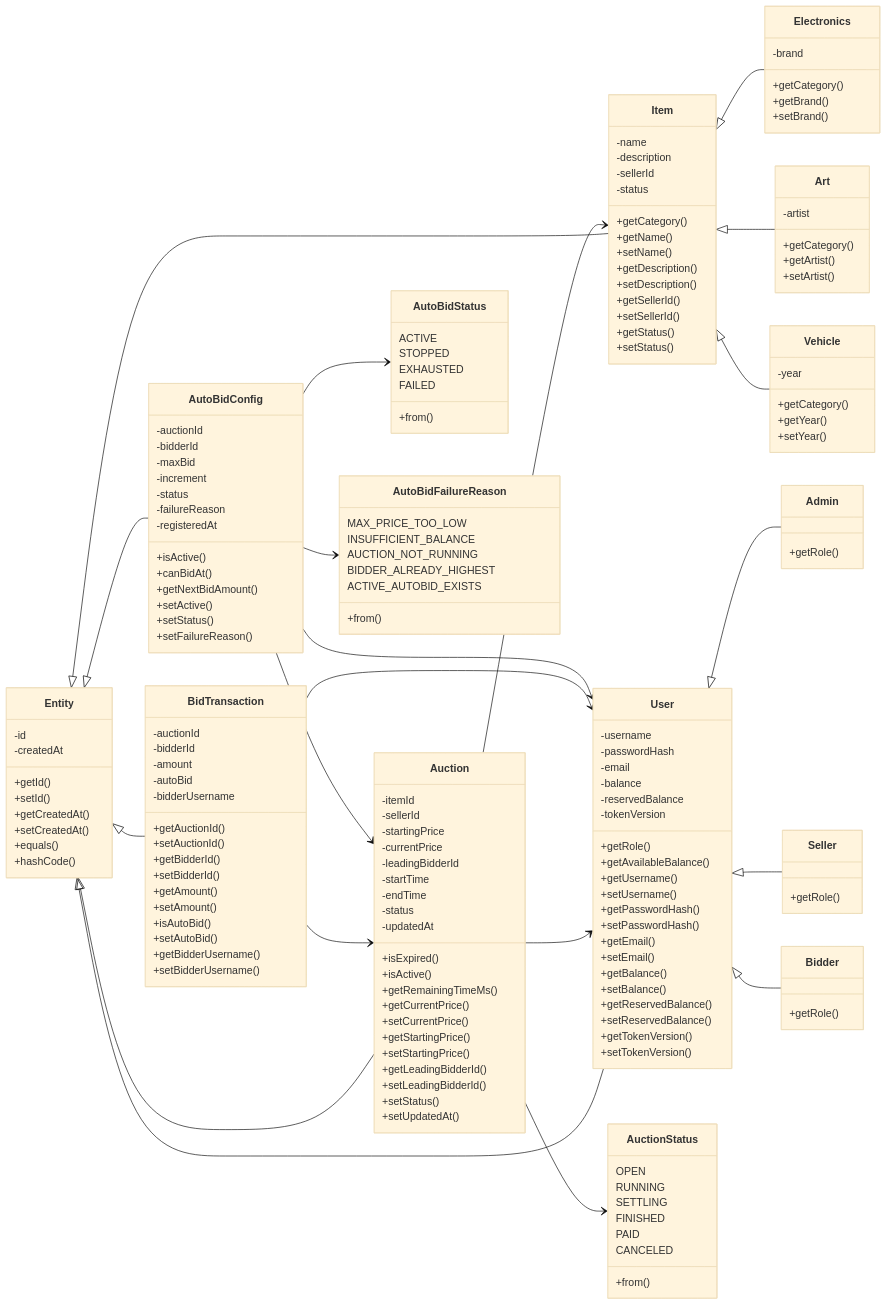
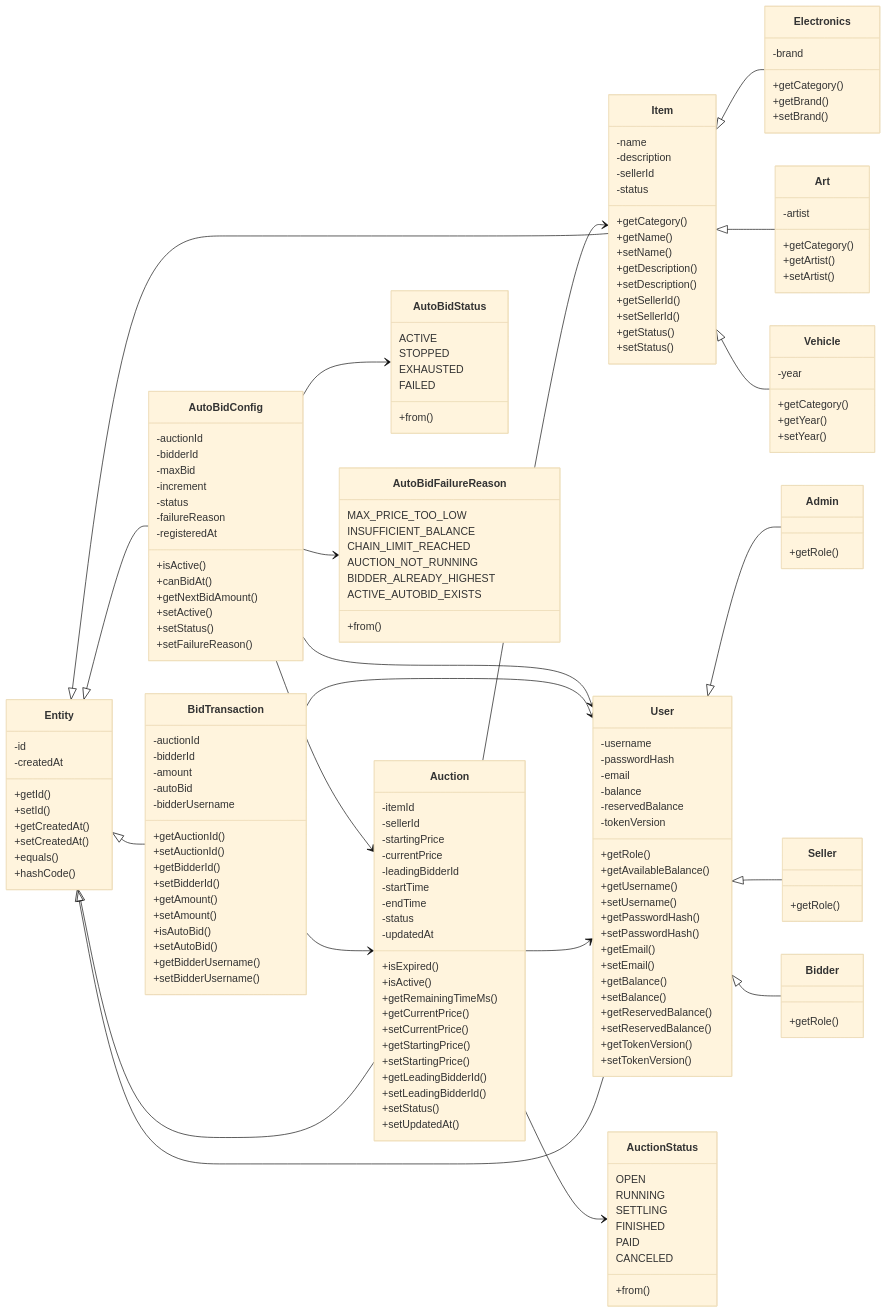
The fourth of 8 diagrams in README.md (kieran-lucas/oop-course-project-uet), drawn with Mermaid (base theme) before and after one commit. The commit also changed other lines of this file, not shown here.

Commit message:
docs(readme): sync auto-bid chain guard docs

```diff
--- a/README.md
+++ b/README.md
@@ -933,6 +939,7 @@
     class AutoBidFailureReason {
         MAX_PRICE_TOO_LOW
         INSUFFICIENT_BALANCE
+        CHAIN_LIMIT_REACHED
         AUCTION_NOT_RUNNING
         BIDDER_ALREADY_HIGHEST
         ACTIVE_AUTOBID_EXISTS
```
